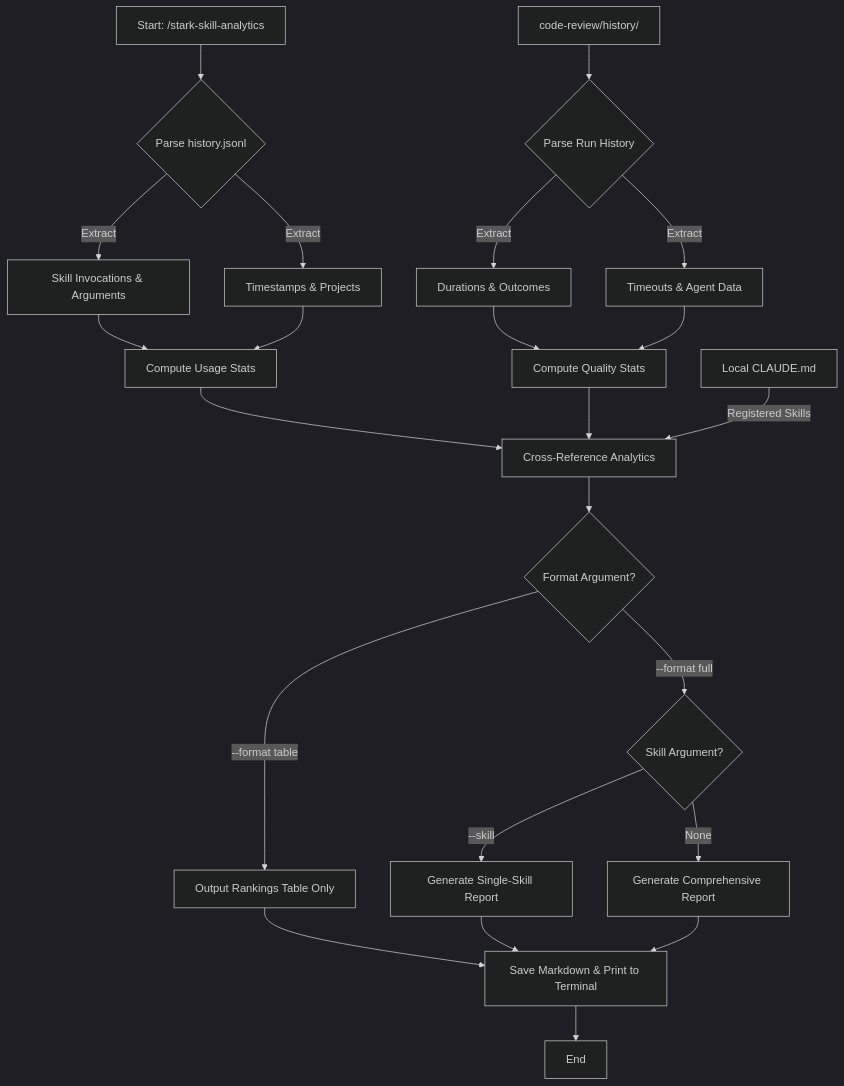
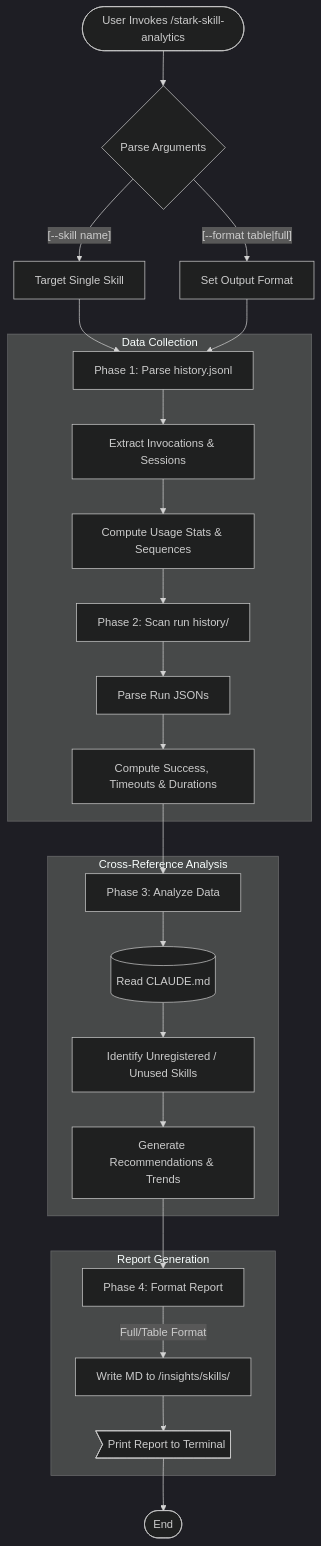
One commit to 21StarkCom/stark-skills changed the diagram in docs/skills/stark-skill-analytics/usage.md. Above: the diagram before and after it, drawn with Mermaid (dark theme). The commit also changed other lines of this file and 14 other files, not shown here.

Commit message:
fix: regenerate stark-skill-analytics internals (Codex returned grep output)

````diff
--- a/docs/skills/stark-skill-analytics/usage.md
+++ b/docs/skills/stark-skill-analytics/usage.md
@@ -7,33 +7,33 @@
 ```mermaid
 graph TD
-    A[Start: /stark-skill-analytics] --> B{Parse history.jsonl}
-    B -->|Extract| C[Skill Invocations & Arguments]
-    B -->|Extract| D[Timestamps & Projects]
+    Start([User Invokes /stark-skill-analytics]) --> ParseArgs{Parse Arguments}
+    ParseArgs --> |"[--skill name]"| FilterSkill[Target Single Skill]
+    ParseArgs --> |"[--format table|full]"| SetFormat[Set Output Format]
     
-    C --> E[Compute Usage Stats]
-    D --> E
+    FilterSkill --> Phase1
+    SetFormat --> Phase1
     
-    F[code-review/history/] --> G{Parse Run History}
-    G -->|Extract| H[Durations & Outcomes]
-    G -->|Extract| I[Timeouts & Agent Data]
+    subgraph Data Collection
+        Phase1[Phase 1: Parse history.jsonl] --> ExtractUsages[Extract Invocations & Sessions]
+        ExtractUsages --> CalcUsage[Compute Usage Stats & Sequences]
+        
+        CalcUsage --> Phase2[Phase 2: Scan run history/]
+        Phase2 --> ParseRuns[Parse Run JSONs]
+        ParseRuns --> CalcQuality[Compute Success, Timeouts & Durations]
+    end
     
-    H --> J[Compute Quality Stats]
-    I --> J
+    subgraph Cross-Reference Analysis
+        CalcQuality --> Phase3[Phase 3: Analyze Data]
+        Phase3 --> ReadConfig[(Read CLAUDE.md)]
+        ReadConfig --> IdentifyGaps[Identify Unregistered / Unused Skills]
+        IdentifyGaps --> GenRecs[Generate Recommendations & Trends]
+    end
     
-    E --> K[Cross-Reference Analytics]
-    J --> K
-    L[Local CLAUDE.md] -->|Registered Skills| K
+    subgraph Report Generation
+        GenRecs --> Phase4[Phase 4: Format Report]
+        Phase4 --> |Full/Table Format| WriteMD[Write MD to /insights/skills/]
+        WriteMD --> TerminalOut>Print Report to Terminal]
+    end
     
-    K --> M{Format Argument?}
-    M -->|--format table| N[Output Rankings Table Only]
-    M -->|--format full| O{Skill Argument?}
-    
-    O -->|--skill <name>| P[Generate Single-Skill Report]
-    O -->|None| Q[Generate Comprehensive Report]
-    
-    N --> R[Save Markdown & Print to Terminal]
-    P --> R
-    Q --> R
-    
-    R --> S[End]
+    TerminalOut --> Finish([End])
 ```
````
